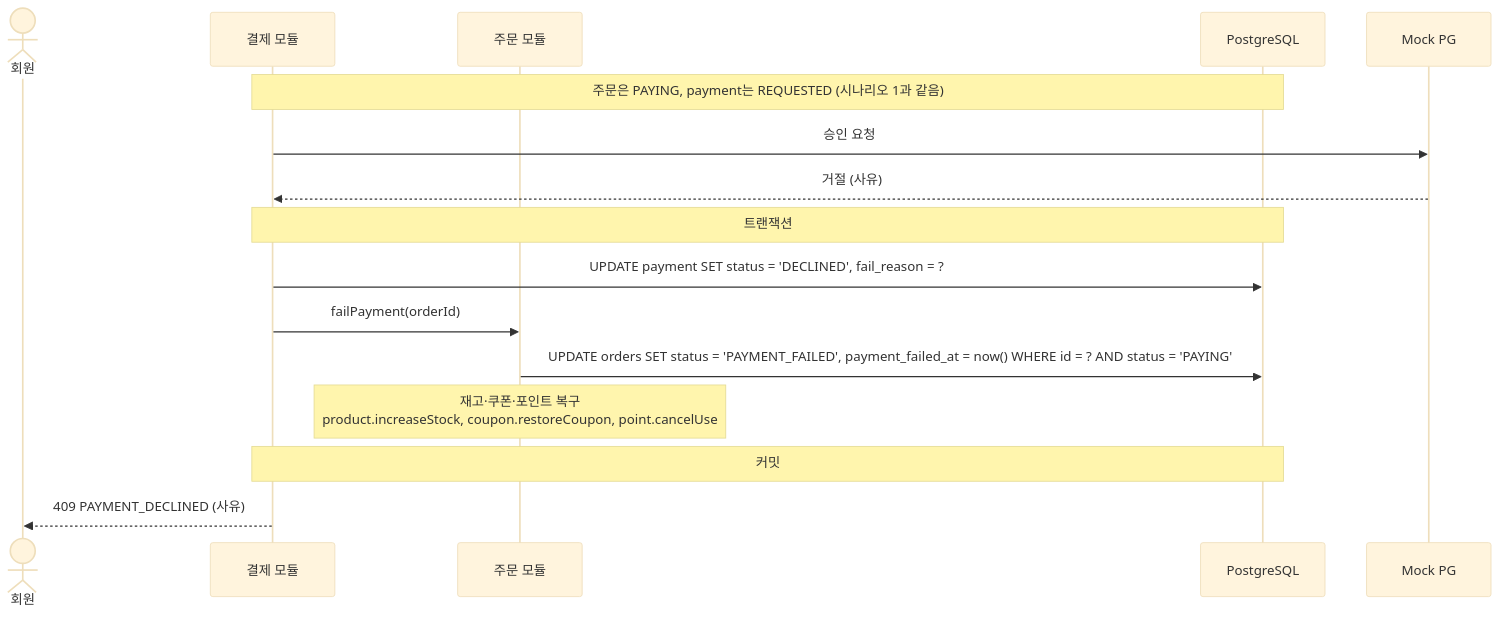
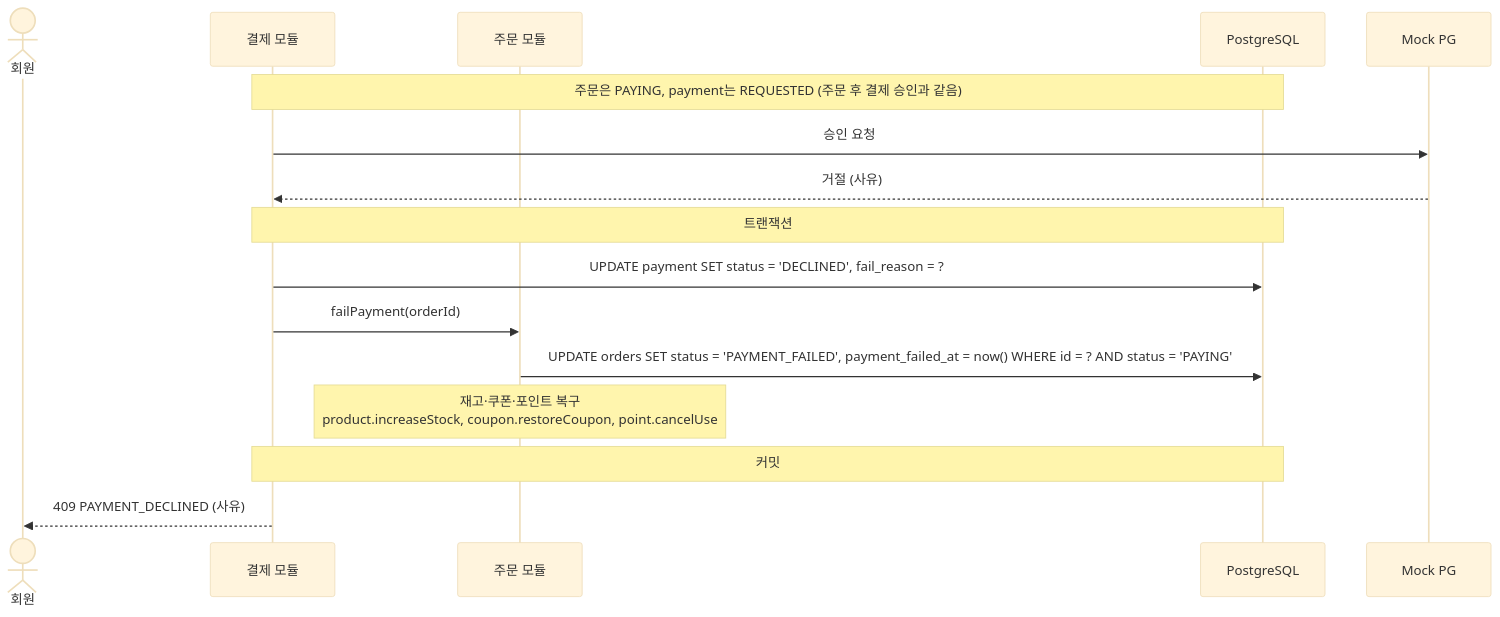
Before and after one commit to KAPUIST/flash-gate: the second of 6 diagrams in docs/features/payment/flows.md, drawn with Mermaid (base theme). The commit also changed other lines of this file and 33 other files, not shown here.

````diff
--- a/docs/features/payment/flows.md
+++ b/docs/features/payment/flows.md
@@ -67,19 +67,19 @@
 ```mermaid
 sequenceDiagram
     actor U as 회원
     participant A as 결제 모듈
     participant O as 주문 모듈
     participant D as PostgreSQL
     participant PG as Mock PG
 
-    Note over A,D: 주문은 PAYING, payment는 REQUESTED (시나리오 1과 같음)
+    Note over A,D: 주문은 PAYING, payment는 REQUESTED (주문 후 결제 승인과 같음)
     A->>PG: 승인 요청
     PG-->>A: 거절 (사유)
     Note over A,D: 트랜잭션
     A->>D: UPDATE payment SET status = 'DECLINED', fail_reason = ?
     A->>O: failPayment(orderId)
     O->>D: UPDATE orders SET status = 'PAYMENT_FAILED', payment_failed_at = now() WHERE id = ? AND status = 'PAYING'
     Note over O: 재고·쿠폰·포인트 복구<br/>product.increaseStock, coupon.restoreCoupon, point.cancelUse
     Note over A,D: 커밋
     A-->>U: 409 PAYMENT_DECLINED (사유)
 ```
````
